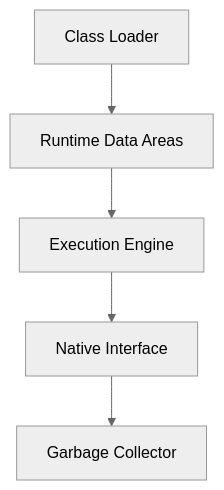
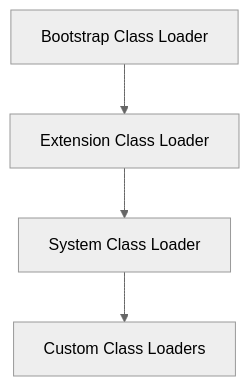
The second of 2 diagrams in jvm-internals-class-loading/README.md (VrushankPatel/interview-matters), drawn with Mermaid (neutral theme) before and after one commit. The commit also changed other lines of this file and 5 other files, not shown here.

````diff
--- a/jvm-internals-class-loading/README.md
+++ b/jvm-internals-class-loading/README.md
@@ -34,7 +60,6 @@
 ```mermaid
 graph TD
-    A[Class Loader] --> B[Runtime Data Areas]
-    B --> C[Execution Engine]
-    C --> D[Native Interface]
-    D --> E[Garbage Collector]
+    A[Bootstrap Class Loader] --> B[Extension Class Loader]
+    B --> C[System Class Loader]
+    C --> D[Custom Class Loaders]
 ```
````
